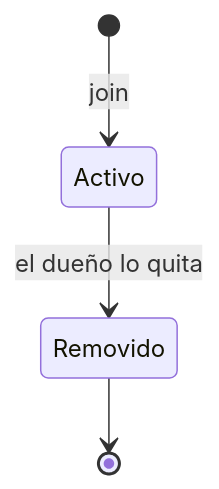
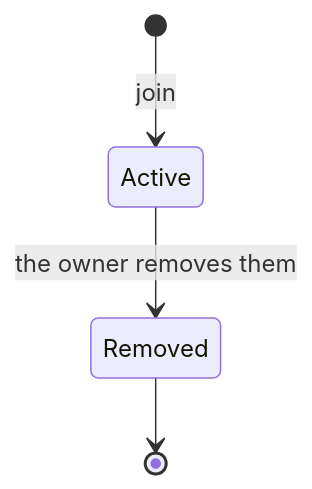
One commit to hotosm/chatmap changed the third of 4 diagrams in docs/how-it-works/map_contributions.md. Above: the diagram before and after it, drawn with Mermaid. The commit also changed other lines of this file and 8 other files, not shown here.

````diff
--- a/docs/how-it-works/map_contributions.md
+++ b/docs/how-it-works/map_contributions.md
@@ -186,6 +184,6 @@
 ```mermaid
 stateDiagram-v2
-    [*] --> Activo: join
-    Activo --> Removido: el dueño lo quita
-    Removido --> [*]
+    [*] --> Active: join
+    Active --> Removed: the owner removes them
+    Removed --> [*]
 ```
````
